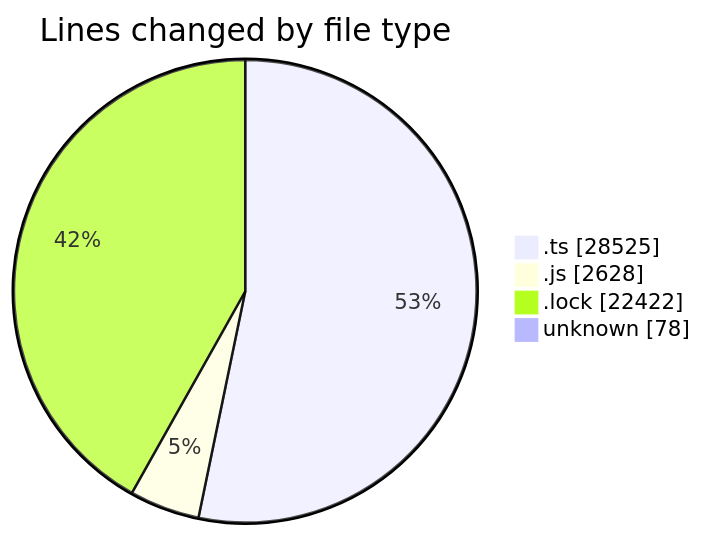
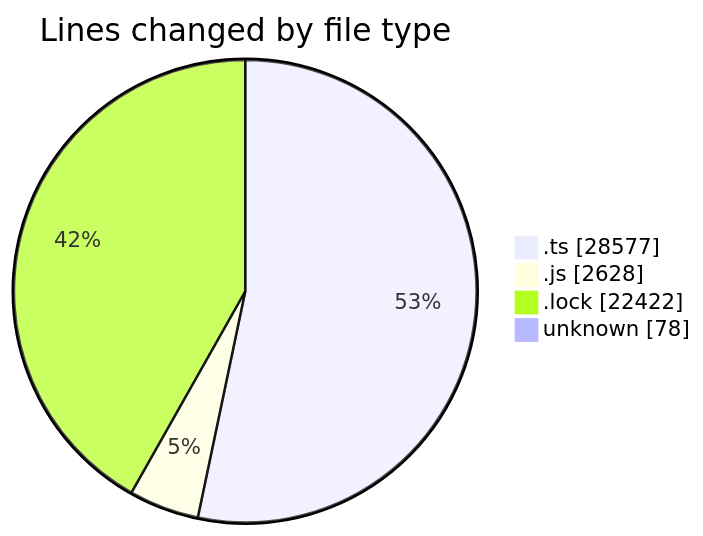
The first of 2 diagrams in 2025-05-20/cda/README.md (momahboobian/code-tracking), drawn with Mermaid before and after one commit. The commit also changed other lines of this file and 1 other file, not shown here.

````diff
--- a/2025-05-20/cda/README.md
+++ b/2025-05-20/cda/README.md
@@ -42,8 +42,8 @@
 ```mermaid
 pie showData
 title Lines changed by file type
-".ts" : 28525
+".ts" : 28577
 ".js" : 2628
 ".lock" : 22422
 "unknown" : 78
 ```
````
